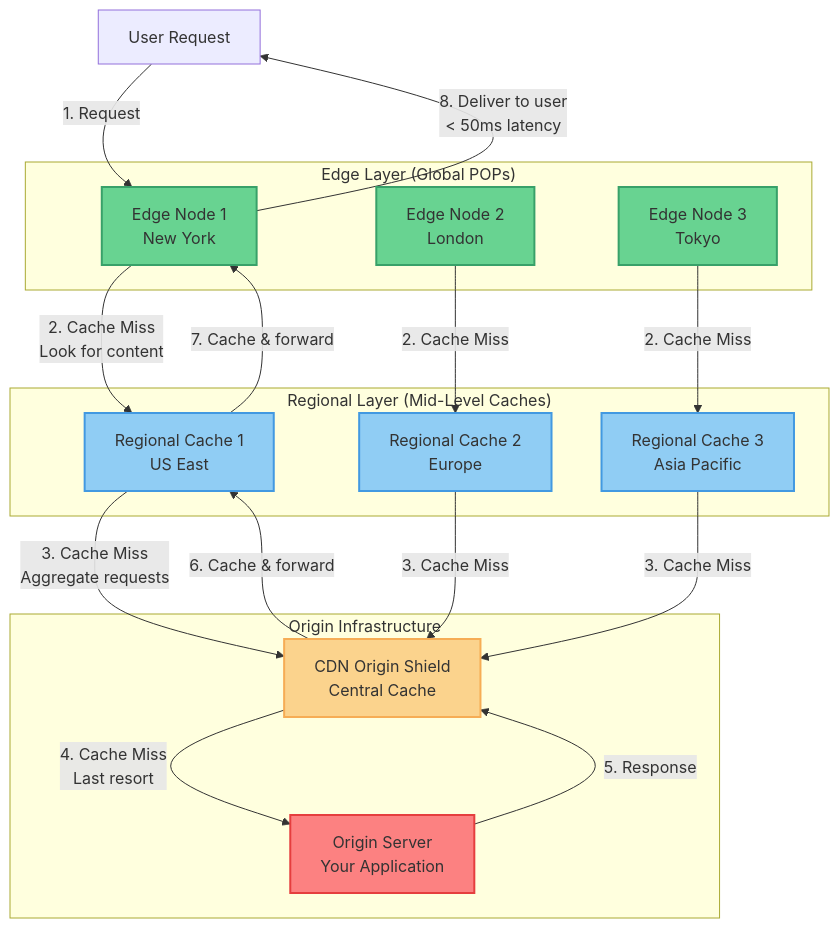
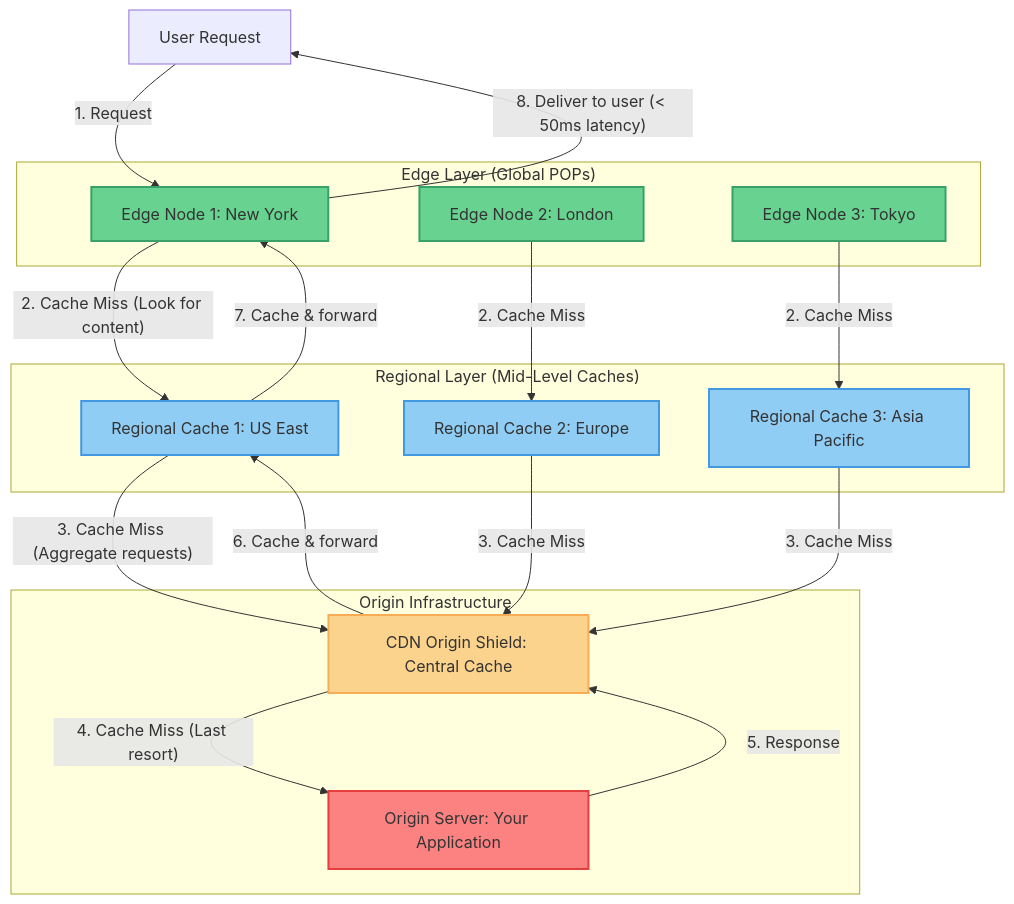
Before and after one commit to YiWang24/AiDIY: the third of 3 diagrams in docs/cs/system-design/entry-layer.mdx, drawn with Mermaid. The commit also changed other lines of this file and 65 other files, not shown here.

First line of the commit message:
feat(docs): comprehensive algorithms documentation and Mermaid fixes

````diff
--- a/docs/cs/system-design/entry-layer.mdx
+++ b/docs/cs/system-design/entry-layer.mdx
@@ -1276,46 +1276,46 @@
 ```mermaid
 graph TB
     User[User Request]
 
     subgraph Edge["Edge Layer (Global POPs)"]
-        Edge1["Edge Node 1<br/>New York"]
-        Edge2["Edge Node 2<br/>London"]
-        Edge3["Edge Node 3<br/>Tokyo"]
+        Edge1["Edge Node 1: New York"]
+        Edge2["Edge Node 2: London"]
+        Edge3["Edge Node 3: Tokyo"]
     end
 
     subgraph Regional["Regional Layer (Mid-Level Caches)"]
-        Regional1["Regional Cache 1<br/>US East"]
-        Regional2["Regional Cache 2<br/>Europe"]
-        Regional3["Regional Cache 3<br/>Asia Pacific"]
+        Regional1["Regional Cache 1: US East"]
+        Regional2["Regional Cache 2: Europe"]
+        Regional3["Regional Cache 3: Asia Pacific"]
     end
 
     subgraph Origin["Origin Infrastructure"]
-        CDN["CDN Origin Shield<br/>Central Cache"]
-        OriginServer["Origin Server<br/>Your Application"]
+        CDN["CDN Origin Shield: Central Cache"]
+        OriginServer["Origin Server: Your Application"]
     end
 
     User -->|"1. Request"| Edge1
 
-    Edge1 -->|"2. Cache Miss<br/>Look for content"| Regional1
+    Edge1 -->|"2. Cache Miss (Look for content)"| Regional1
     Edge2 -->|"2. Cache Miss"| Regional2
     Edge3 -->|"2. Cache Miss"| Regional3
 
-    Regional1 -->|"3. Cache Miss<br/>Aggregate requests"| CDN
+    Regional1 -->|"3. Cache Miss (Aggregate requests)"| CDN
     Regional2 -->|"3. Cache Miss"| CDN
     Regional3 -->|"3. Cache Miss"| CDN
 
-    CDN -->|"4. Cache Miss<br/>Last resort"| OriginServer
+    CDN -->|"4. Cache Miss (Last resort)"| OriginServer
     OriginServer -->|"5. Response"| CDN
     CDN -->|"6. Cache & forward"| Regional1
     Regional1 -->|"7. Cache & forward"| Edge1
-    Edge1 -->|"8. Deliver to user<br/>< 50ms latency"| User
+    Edge1 -->|"8. Deliver to user (< 50ms latency)"| User
 
     style Edge1 fill:#68d391,stroke:#38a169,stroke-width:2px
     style Edge2 fill:#68d391,stroke:#38a169,stroke-width:2px
     style Edge3 fill:#68d391,stroke:#38a169,stroke-width:2px
     style Regional1 fill:#90cdf4,stroke:#4299e1,stroke-width:2px
     style Regional2 fill:#90cdf4,stroke:#4299e1,stroke-width:2px
     style Regional3 fill:#90cdf4,stroke:#4299e1,stroke-width:2px
     style CDN fill:#fbd38d,stroke:#f6ad55,stroke-width:2px
     style OriginServer fill:#fc8181,stroke:#e53e3e,stroke-width:2px
 ```
````
